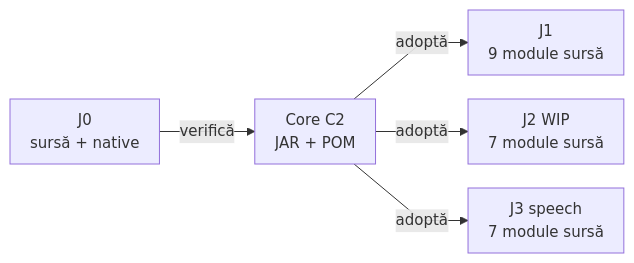
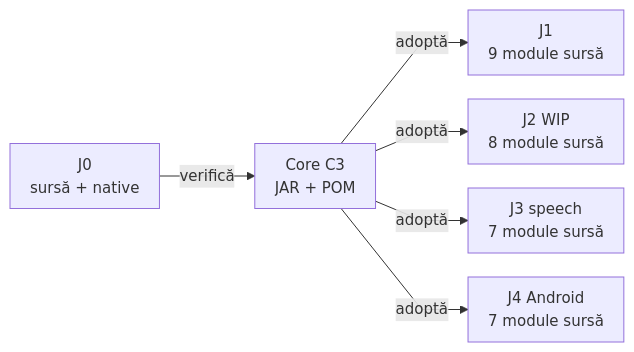
The diagram in docs/ATF_Core_Consumer.md (crististefanita/atf_j0), drawn with Mermaid before and after one commit. The commit also changed other lines of this file and 61 other files, not shown here.

````diff
--- a/docs/ATF_Core_Consumer.md
+++ b/docs/ATF_Core_Consumer.md
@@ -57,8 +57,9 @@
 ```mermaid
 %%{init: {"themeVariables":{"fontSize":"15px"},"themeCSS":".nodeLabel, .nodeLabel p { font-size: 15px !important; line-height: 1.35 !important; } .edgeLabel, .edgeLabel p { font-size: 12px !important; font-weight: 400 !important; line-height: 1.2 !important; } .edgeLabel .labelBkg, .edgeLabel p { background: transparent !important; } .edgeLabel foreignObject { transform: translateY(-18px); overflow: visible; } .node rect { rx: 6px; ry: 6px; }","flowchart":{"curve":"linear","nodeSpacing":24,"rankSpacing":40,"padding":10,"diagramPadding":16}}}%%
 flowchart LR
-    Owner["J0<br/>sursă + native"] -->|verifică| Binary["Core C2<br/>JAR + POM"]
+    Owner["J0<br/>sursă + native"] -->|verifică| Binary["Core C3<br/>JAR + POM"]
     Binary -->|adoptă| J1["J1<br/>9 module sursă"]
-    Binary -->|adoptă| J2["J2 WIP<br/>7 module sursă"]
+    Binary -->|adoptă| J2["J2 WIP<br/>8 module sursă"]
     Binary -->|adoptă| J3["J3 speech<br/>7 module sursă"]
+    Binary -->|adoptă| J4["J4 Android<br/>7 module sursă"]
 ```
````
